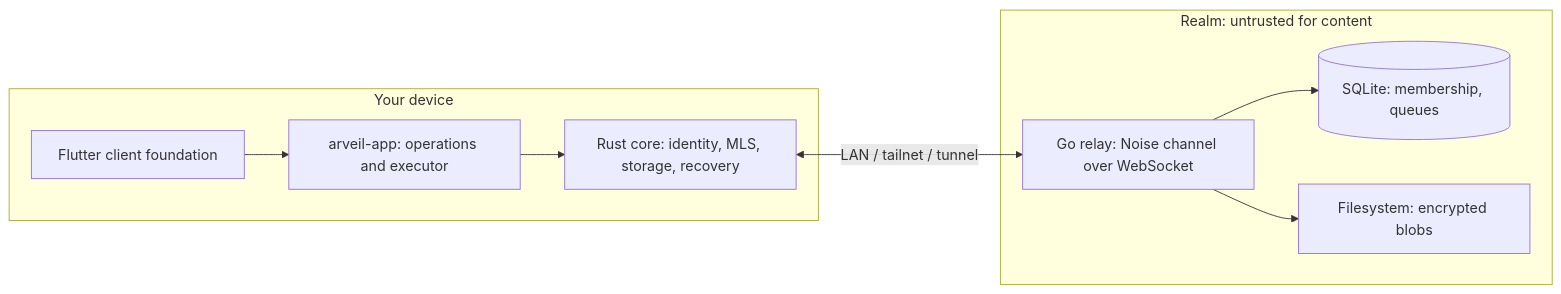
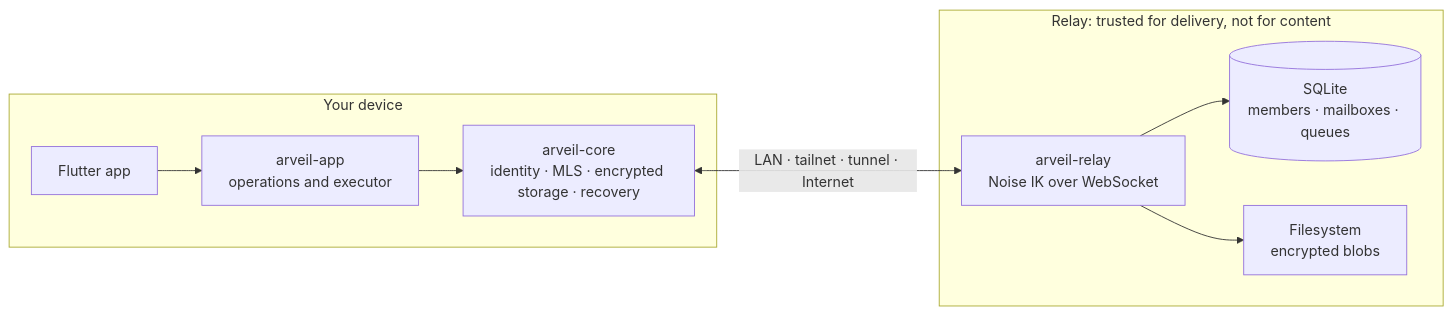
The diagram in README.md (Ulzuhan/arveil), drawn with Mermaid before and after one commit. The commit also changed other lines of this file, not shown here.

````diff
--- a/README.md
+++ b/README.md
@@ -59,13 +126,13 @@
 ```mermaid
 flowchart LR
-  subgraph Device[Your device]
-    UI[Flutter client foundation] --> App[arveil-app: operations and executor]
-    App --> Core[Rust core: identity, MLS, storage, recovery]
+  subgraph Device["Your device"]
+    UI["Flutter app"] --> App["arveil-app<br/>operations and executor"]
+    App --> Core["arveil-core<br/>identity · MLS · encrypted storage · recovery"]
   end
-  subgraph Realm[Realm: untrusted for content]
-    Relay[Go relay: Noise channel over WebSocket]
-    Relay --> DB[(SQLite: membership, queues)]
-    Relay --> FS[Filesystem: encrypted blobs]
+  subgraph Realm["Relay: trusted for delivery, not for content"]
+    Relay["arveil-relay<br/>Noise IK over WebSocket"]
+    Relay --> DB[("SQLite<br/>members · mailboxes · queues")]
+    Relay --> Blobs["Filesystem<br/>encrypted blobs"]
   end
-  Core <-->|LAN / tailnet / tunnel| Relay
+  Core <-->|"LAN · tailnet · tunnel · Internet"| Relay
 ```
````
